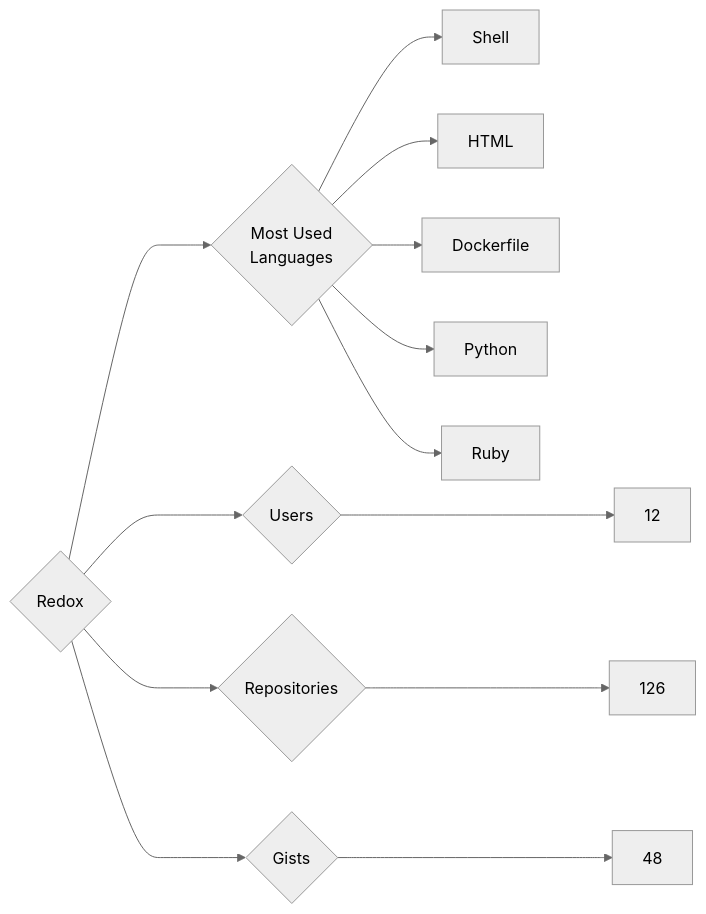
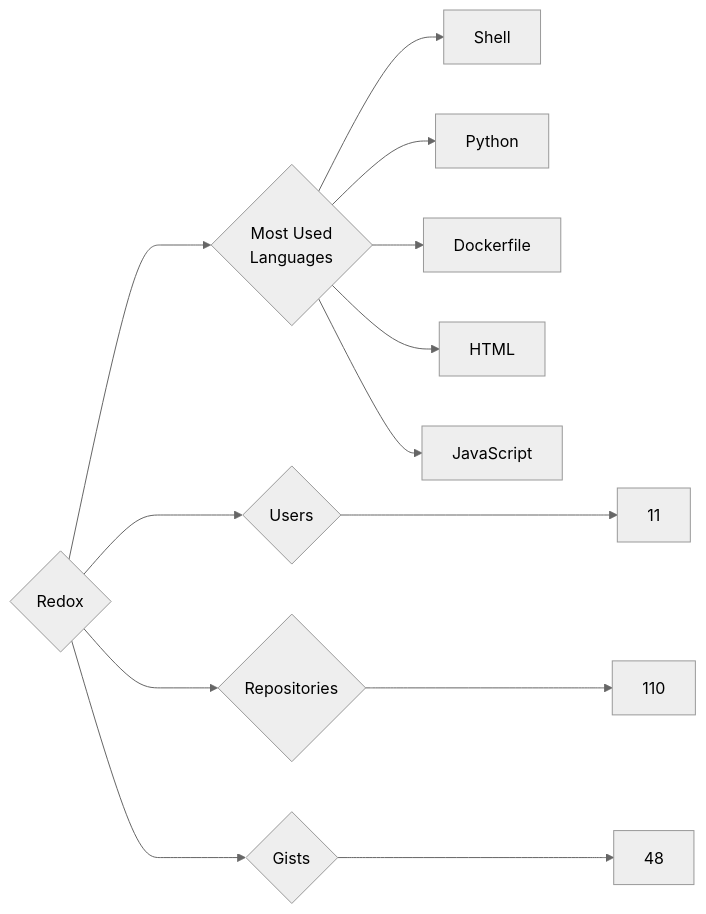
The diagram in targets/Redox/README.md (trickest/insiders), drawn with Mermaid (neutral theme) before and after one commit. The commit also changed 799 other files, not shown here.

````diff
--- a/targets/Redox/README.md
+++ b/targets/Redox/README.md
@@ -3,13 +3,13 @@
 ```mermaid
 graph LR
 COMPANY_NAME{Redox}
-COMPANY_NAME ---> U{Users} ---> UN[12]
-COMPANY_NAME ---> R{Repositories} ---> RN[126]
+COMPANY_NAME ---> U{Users} ---> UN[11]
+COMPANY_NAME ---> R{Repositories} ---> RN[110]
 COMPANY_NAME ---> G{Gists} ---> GN[48]
 COMPANY_NAME ---> ML{Most Used<br>Languages}
 ML --> Shell[Shell]
+ML --> Python[Python]
+ML --> Dockerfile[Dockerfile]
 ML --> HTML[HTML]
-ML --> Dockerfile[Dockerfile]
-ML --> Python[Python]
-ML --> Ruby[Ruby]
+ML --> JavaScript[JavaScript]
 ```
````
